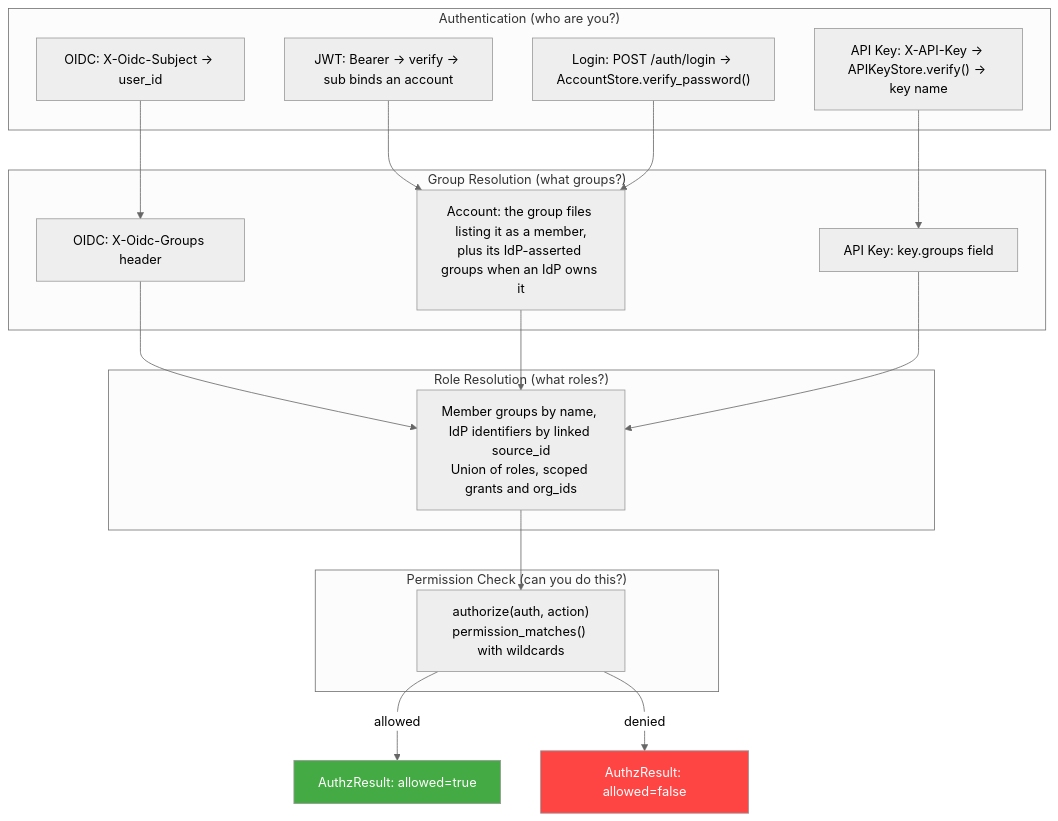
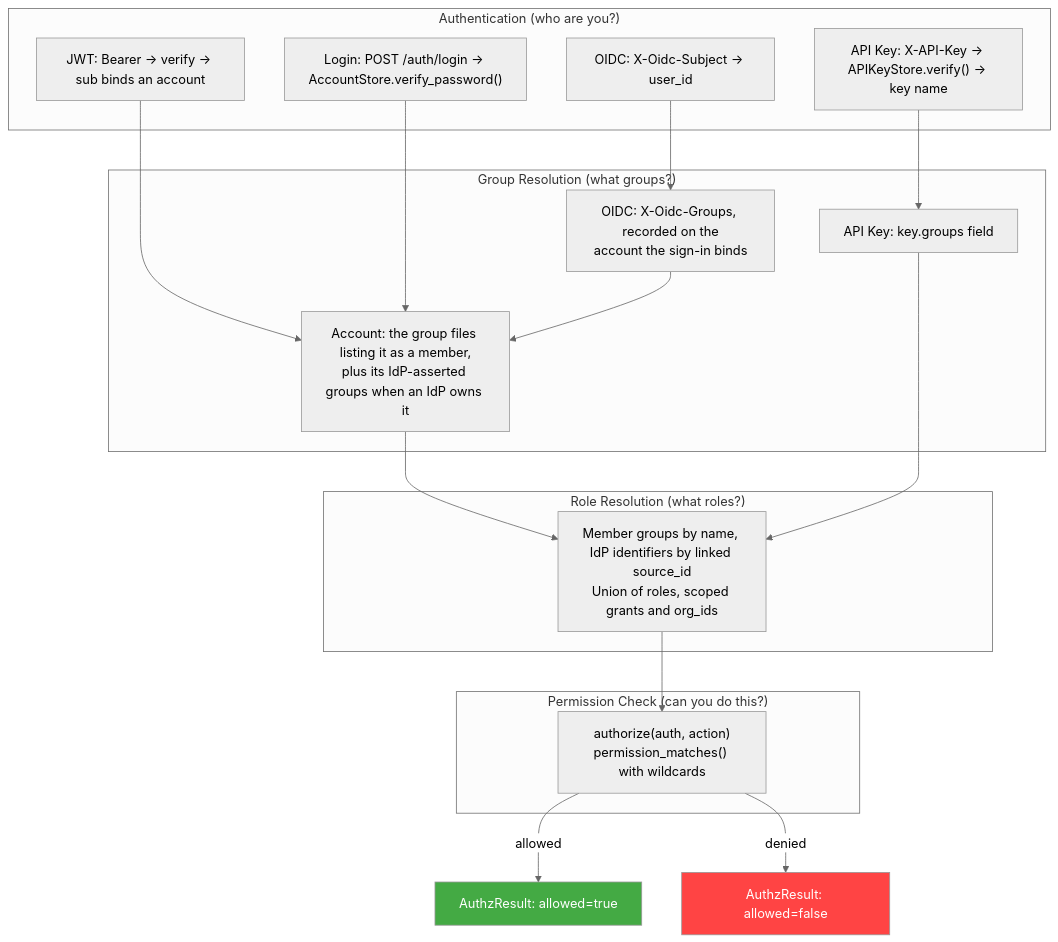
The third of 10 diagrams in docs/control-plane/rbac.md (hyperi-io/dfe-engine), drawn with Mermaid (neutral theme) before and after one commit. The commit also changed other lines of this file and 41 other files, not shown here.

````diff
--- a/docs/control-plane/rbac.md
+++ b/docs/control-plane/rbac.md
@@ -215,40 +215,40 @@
 ```mermaid
 flowchart TD
     subgraph "Authentication (who are you?)"
         OIDC_AUTH["OIDC: X-Oidc-Subject → user_id"]
         KEY_AUTH["API Key: X-API-Key → APIKeyStore.verify() → key name"]
         JWT_AUTH["JWT: Bearer -> verify -> sub binds an account"]
         LOCAL_AUTH["Login: POST /auth/login → AccountStore.verify_password()"]
     end
 
     subgraph "Group Resolution (what groups?)"
-        OIDC_GRP["OIDC: X-Oidc-Groups header"]
+        OIDC_GRP["OIDC: X-Oidc-Groups, recorded on the<br/>account the sign-in binds"]
         ACCT_GRP["Account: the group files listing it as a member,<br/>plus its IdP-asserted groups when an IdP owns it"]
         KEY_GRP["API Key: key.groups field"]
     end
 
     subgraph "Role Resolution (what roles?)"
         ROLE_RES["Member groups by name, IdP identifiers by linked source_id<br/>Union of roles, scoped grants and org_ids"]
     end
 
     subgraph "Permission Check (can you do this?)"
         PERM["authorize(auth, action)<br/>permission_matches() with wildcards"]
     end
 
     OIDC_AUTH --> OIDC_GRP
     KEY_AUTH --> KEY_GRP
     JWT_AUTH --> ACCT_GRP
     LOCAL_AUTH --> ACCT_GRP
 
-    OIDC_GRP --> ROLE_RES
+    OIDC_GRP --> ACCT_GRP
     ACCT_GRP --> ROLE_RES
     KEY_GRP --> ROLE_RES
 
     ROLE_RES --> PERM
 
     PERM -->|allowed| ALLOW[AuthzResult: allowed=true]
     PERM -->|denied| DENY[AuthzResult: allowed=false]
 
     style ALLOW fill:#4a4,color:#fff
     style DENY fill:#f44,color:#fff
 ```
````
